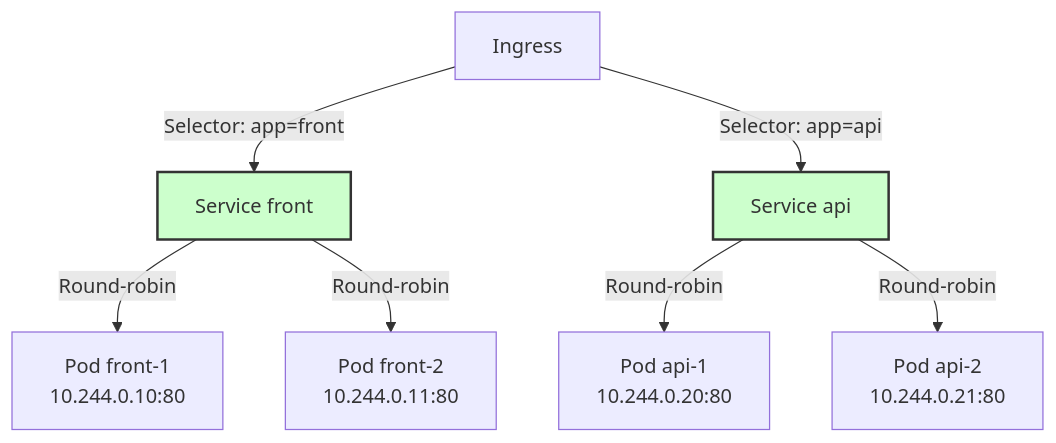
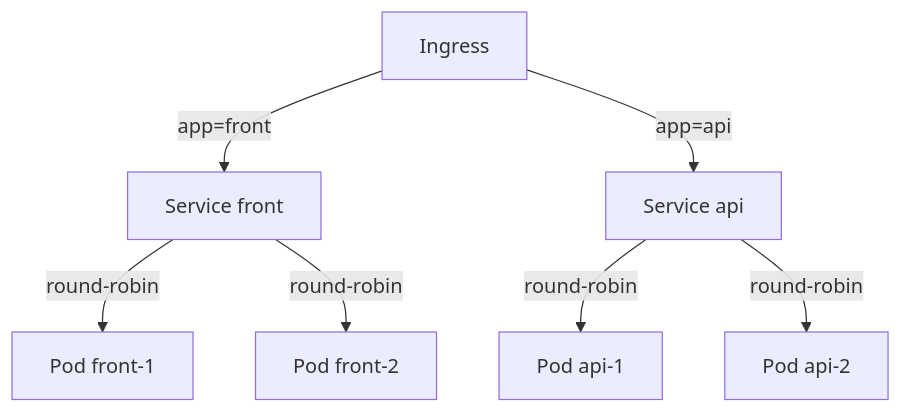
Before and after one commit to MPFabio/S4-Ingress-TLS-Config-Secrets: the fifth of 9 diagrams in ARCHITECTURE.md, drawn with Mermaid. The commit also changed other lines of this file, not shown here.

Commit message:
Simplify diagrams for better readability

````diff
--- a/ARCHITECTURE.md
+++ b/ARCHITECTURE.md
@@ -125,14 +102,11 @@
 ```mermaid
 flowchart TB
-    Ingress[Ingress] -->|Selector: app=front| SvcFront[Service front]
-    Ingress -->|Selector: app=api| SvcApi[Service api]
+    Ingress[Ingress] -->|app=front| SvcFront[Service front]
+    Ingress -->|app=api| SvcApi[Service api]
     
-    SvcFront -->|Round-robin| P1[Pod front-1<br/>10.244.0.10:80]
-    SvcFront -->|Round-robin| P2[Pod front-2<br/>10.244.0.11:80]
+    SvcFront -->|round-robin| P1[Pod front-1]
+    SvcFront -->|round-robin| P2[Pod front-2]
     
-    SvcApi -->|Round-robin| P3[Pod api-1<br/>10.244.0.20:80]
-    SvcApi -->|Round-robin| P4[Pod api-2<br/>10.244.0.21:80]
-    
-    style SvcFront fill:#cfc,stroke:#333,stroke-width:2px
-    style SvcApi fill:#cfc,stroke:#333,stroke-width:2px
+    SvcApi -->|round-robin| P3[Pod api-1]
+    SvcApi -->|round-robin| P4[Pod api-2]
 ```
````
